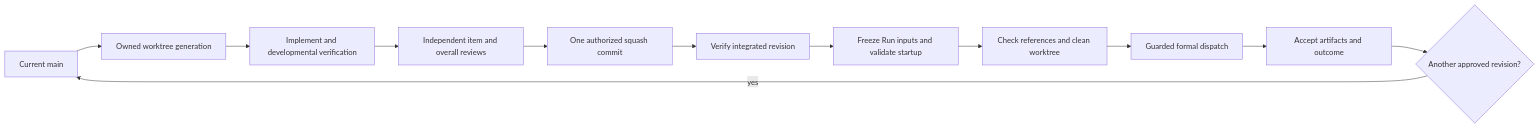
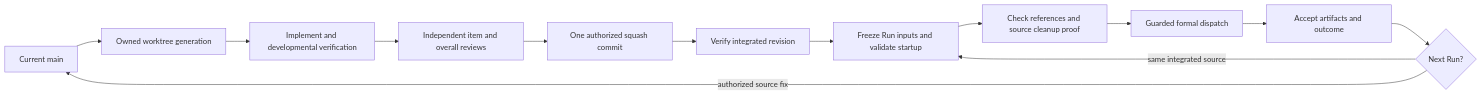
Before and after one commit to zihaozou/task-workflow-plugin: the diagram in README.md, drawn with Mermaid. The commit also changed other lines of this file and 11 other files, not shown here.

````diff
--- a/README.md
+++ b/README.md
@@ -275,14 +276,15 @@
 ```mermaid
 flowchart LR
   A[Current main] --> B[Owned worktree generation]
   B --> C[Implement and developmental verification]
   C --> D[Independent item and overall reviews]
   D --> E[One authorized squash commit]
   E --> F[Verify integrated revision]
   F --> G[Freeze Run inputs and validate startup]
-  G --> H[Check references and clean worktree]
+  G --> H[Check references and source cleanup proof]
   H --> I[Guarded formal dispatch]
   I --> J[Accept artifacts and outcome]
-  J --> K{Another approved revision?}
-  K -->|yes| A
+  J --> K{Next Run?}
+  K -->|same integrated source| G
+  K -->|authorized source fix| A
 ```
````
